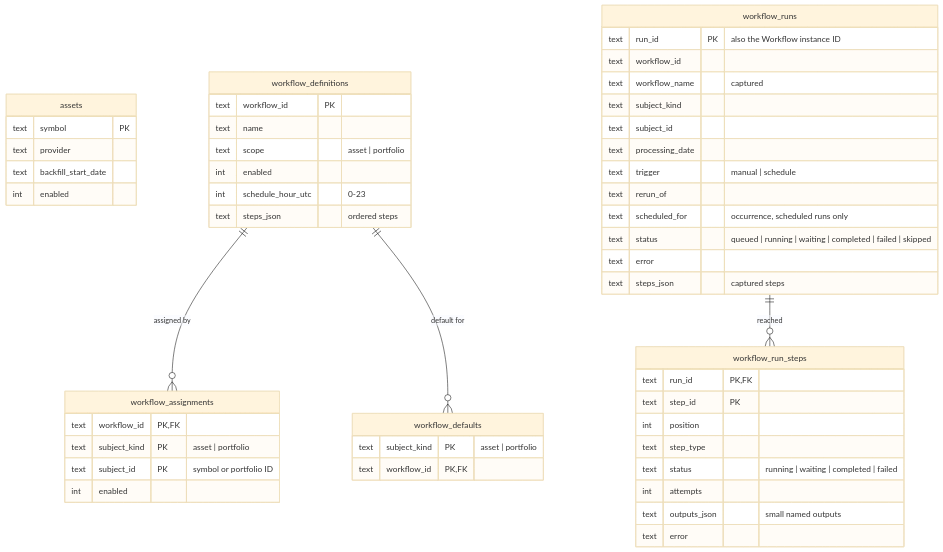
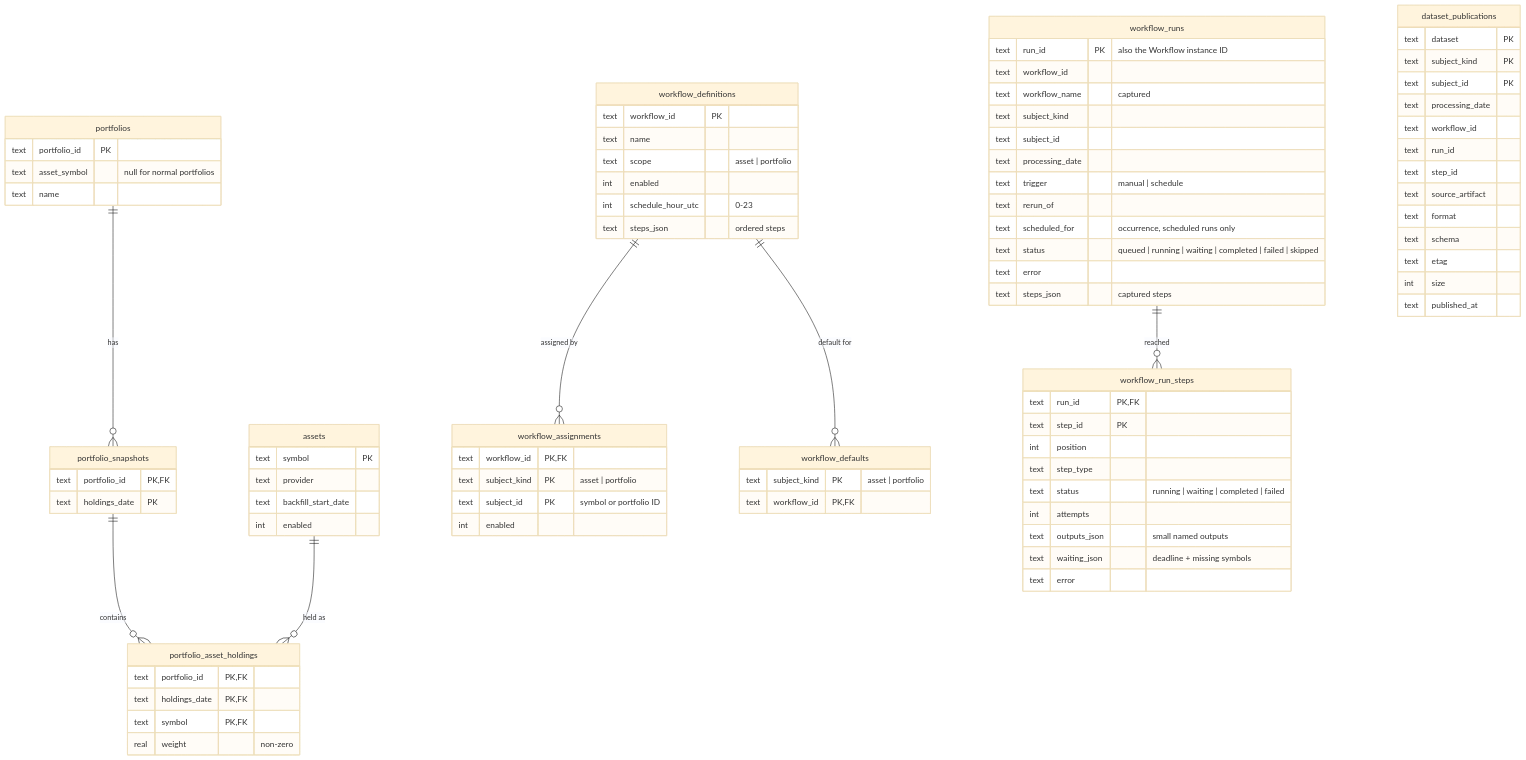
The diagram in docs/src/content/docs/reference/data-model.md (maxime-filippini/data-service), drawn with Mermaid (base theme) before and after one commit. The commit also changed other lines of this file and 165 other files, not shown here.

```diff
--- a/docs/src/content/docs/reference/data-model.md
+++ b/docs/src/content/docs/reference/data-model.md
@@ -128,6 +16,21 @@
     text provider
     text backfill_start_date
     int enabled
+  }
+  portfolios {
+    text portfolio_id PK
+    text asset_symbol "null for normal portfolios"
+    text name
+  }
+  portfolio_snapshots {
+    text portfolio_id PK, FK
+    text holdings_date PK
+  }
+  portfolio_asset_holdings {
+    text portfolio_id PK, FK
+    text holdings_date PK, FK
+    text symbol PK, FK
+    real weight "non-zero"
   }
   workflow_definitions {
     text workflow_id PK
@@ -169,8 +72,27 @@
     text status "running | waiting | completed | failed"
     int attempts
     text outputs_json "small named outputs"
+    text waiting_json "deadline + missing symbols"
     text error
   }
+  dataset_publications {
+    text dataset PK
+    text subject_kind PK
+    text subject_id PK
+    text processing_date
+    text workflow_id
+    text run_id
+    text step_id
+    text source_artifact
+    text format
+    text schema
+    text etag
+    int size
+    text published_at
+  }
+  portfolios ||--o{ portfolio_snapshots : has
+  portfolio_snapshots ||--o{ portfolio_asset_holdings : contains
+  assets ||--o{ portfolio_asset_holdings : "held as"
   workflow_definitions ||--o{ workflow_assignments : "assigned by"
   workflow_definitions ||--o{ workflow_defaults : "default for"
   workflow_runs ||--o{ workflow_run_steps : "reached"
```
